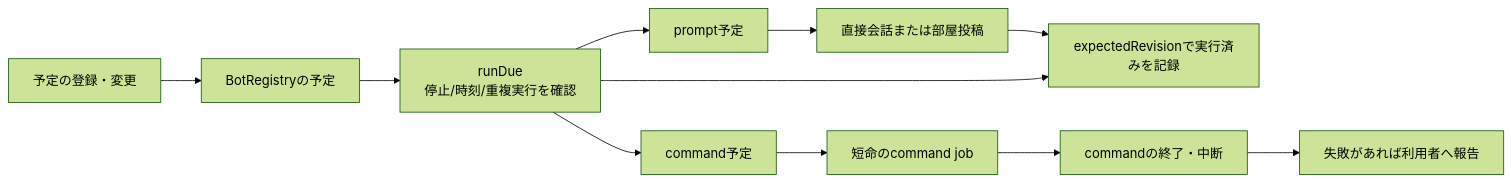
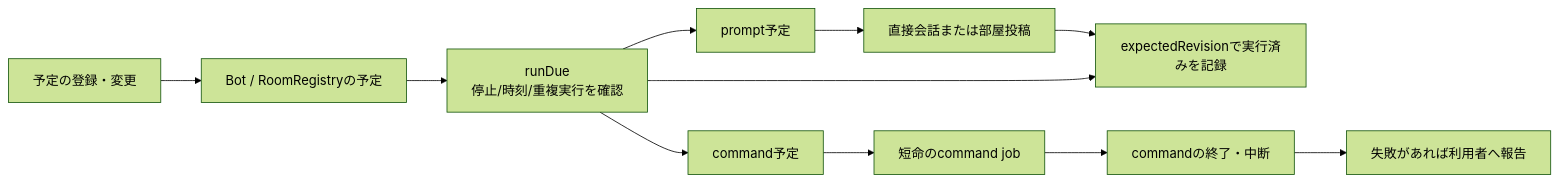
The first of 4 diagrams in docs/architecture/control-and-state.md (kitepon/BellTeam), drawn with Mermaid (forest theme) before and after one commit. The commit also changed 18 other files, not shown here.

````diff
--- a/docs/architecture/control-and-state.md
+++ b/docs/architecture/control-and-state.md
@@ -7,13 +7,13 @@
 ```mermaid
 flowchart LR
-  Set["予定の登録・変更"] --> Registry["BotRegistryの予定"]
+  Set["予定の登録・変更"] --> Registry["Bot / RoomRegistryの予定"]
   Registry --> Due["runDue<br/>停止/時刻/重複実行を確認"]
   Due --> Prompt["prompt予定"]
   Due --> Cmd["command予定"]
   Prompt --> Direct["直接会話または部屋投稿"]
   Cmd --> Child["短命のcommand job"]
   Direct --> Mark["expectedRevisionで実行済みを記録"]
   Child --> Result["commandの終了・中断"]
   Result --> Report["失敗があれば利用者へ報告"]
   Due --> Mark
 ```
````
